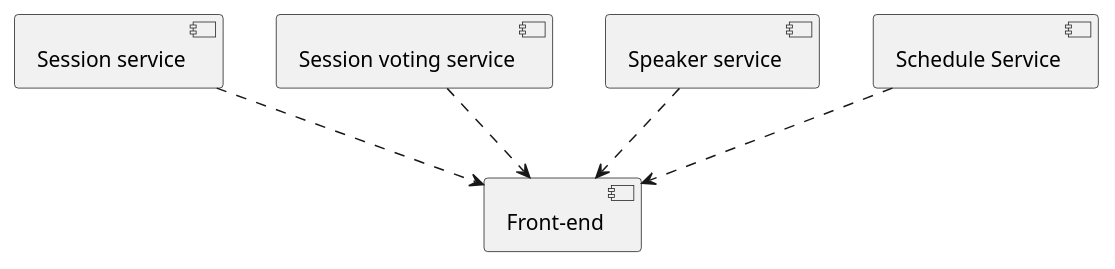
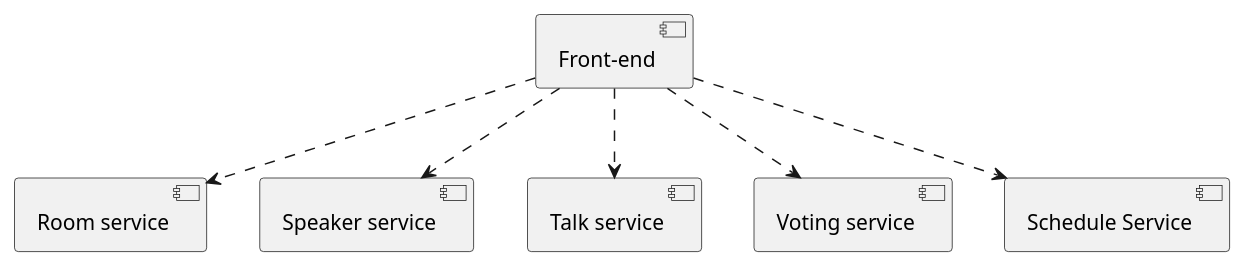
One commit to agoncal/agoncal-application-conference changed the diagram in docs/src/main/plantuml/architecture.puml. Above: the diagram before and after it, drawn with PlantUML. The commit also changed 2 other files, not shown here.

```diff
--- a/docs/src/main/plantuml/architecture.puml
+++ b/docs/src/main/plantuml/architecture.puml
@@ -1,14 +1,16 @@
 @startuml
 
-node [Session service] as ssession
-node [Session voting service] as svoting
+node [Room service] as sroom
 node [Speaker service] as sspeaker
+node [Talk service] as stalk
+node [Voting service] as svoting
 node [Schedule Service] as sschedule
 node [Front-end] as frontend
 
-[ssession] ..> frontend
-[svoting] ..> frontend
-[sspeaker] ..> frontend
-[sschedule] ..> frontend
+frontend ..> sroom
+[frontend] ..> sspeaker
+[frontend] ..> stalk
+[frontend] ..> sschedule
+[frontend] ..> svoting
 
 @enduml
```
